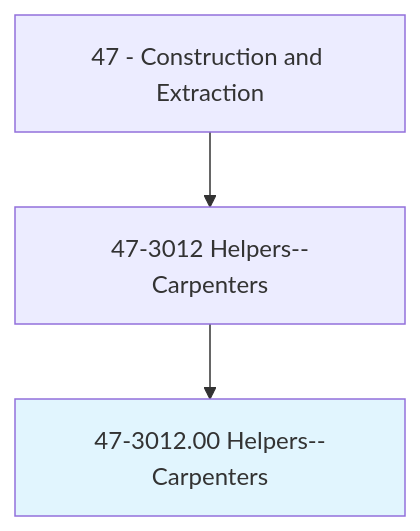
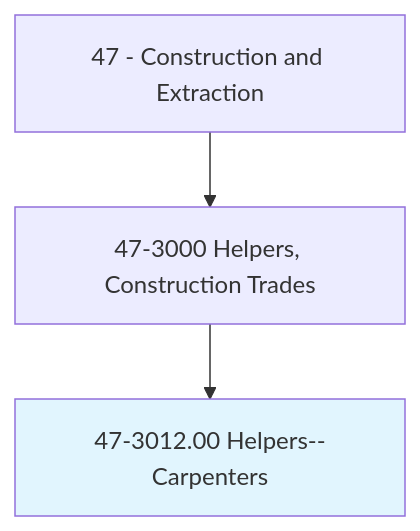
Before and after one commit to kziemski/business.org.ai: the first of 4 diagrams in occupations/Construction/HelpersCarpenters.mdx, drawn with Mermaid. The commit also changed other lines of this file and 938 other files, not shown here.

````diff
--- a/occupations/Construction/HelpersCarpenters.mdx
+++ b/occupations/Construction/HelpersCarpenters.mdx
@@ -19,6 +23,6 @@
 ```mermaid
 graph TD
-    Cat47["47 - Construction and Extraction"] --> Group473012["47-3012 Helpers--Carpenters"]
-    Group473012 --> Current["47-3012.00 Helpers--Carpenters"]
+    Cat47["47 - Construction and Extraction"] --> Group473["47-3000 Helpers, Construction Trades"]
+    Group473 --> Current["47-3012.00 Helpers--Carpenters"]
     style Current fill:#e1f5fe
 ```
````
